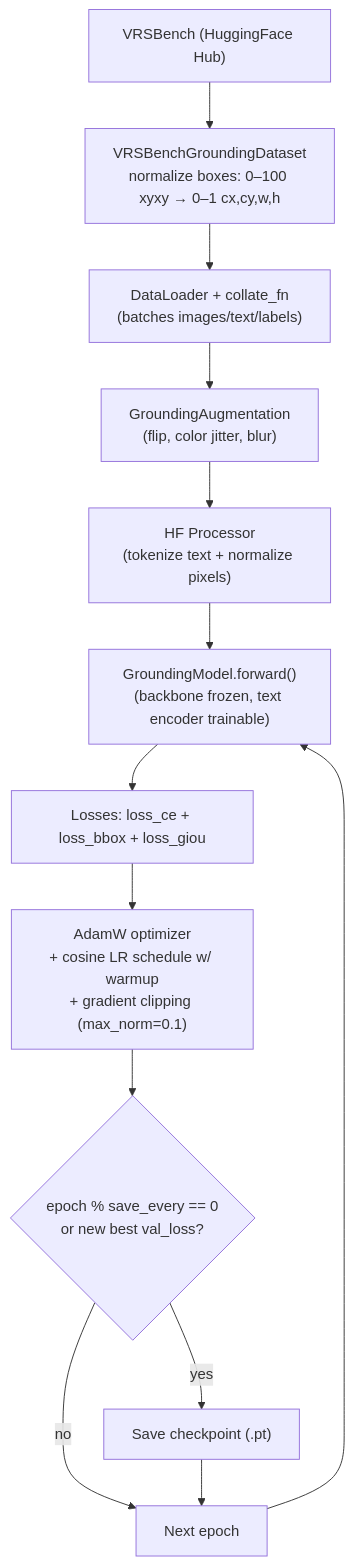
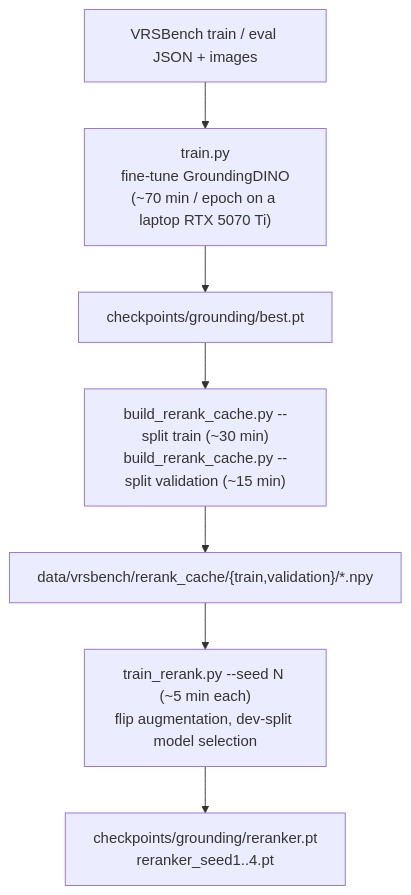
One commit to divyptl/SIH-2026 changed the third of 4 diagrams in docs/grounding-module-explained.md. Above: the diagram before and after it, drawn with Mermaid. The commit also changed other lines of this file and 8 other files, not shown here.

Commit message:
feat: improve grounding model pipeline

````diff
--- a/docs/grounding-module-explained.md
+++ b/docs/grounding-module-explained.md
@@ -60,15 +147,9 @@
 ```mermaid
 flowchart TD
-    A["VRSBench (HuggingFace Hub)"] --> B["VRSBenchGroundingDataset<br/>normalize boxes: 0–100 xyxy → 0–1 cx,cy,w,h"]
-    B --> C["DataLoader + collate_fn<br/>(batches images/text/labels)"]
-    C --> D["GroundingAugmentation<br/>(flip, color jitter, blur)"]
-    D --> E["HF Processor<br/>(tokenize text + normalize pixels)"]
-    E --> F["GroundingModel.forward()<br/>(backbone frozen, text encoder trainable)"]
-    F --> G["Losses: loss_ce + loss_bbox + loss_giou"]
-    G --> H["AdamW optimizer<br/>+ cosine LR schedule w/ warmup<br/>+ gradient clipping (max_norm=0.1)"]
-    H --> I{"epoch % save_every == 0<br/>or new best val_loss?"}
-    I -->|yes| J["Save checkpoint (.pt)"]
-    I -->|no| K["Next epoch"]
-    J --> K
-    K --> F
+    A["VRSBench train / eval JSON + images"] --> B["train.py<br/>fine-tune GroundingDINO<br/>(~70 min / epoch on a laptop RTX 5070 Ti)"]
+    B --> C["checkpoints/grounding/best.pt"]
+    C --> D["build_rerank_cache.py --split train (~30 min)<br/>build_rerank_cache.py --split validation (~15 min)"]
+    D --> E["data/vrsbench/rerank_cache/{train,validation}/*.npy"]
+    E --> F["train_rerank.py --seed N (~5 min each)<br/>flip augmentation, dev-split model selection"]
+    F --> G["checkpoints/grounding/reranker.pt<br/>reranker_seed1..4.pt"]
 ```
````
